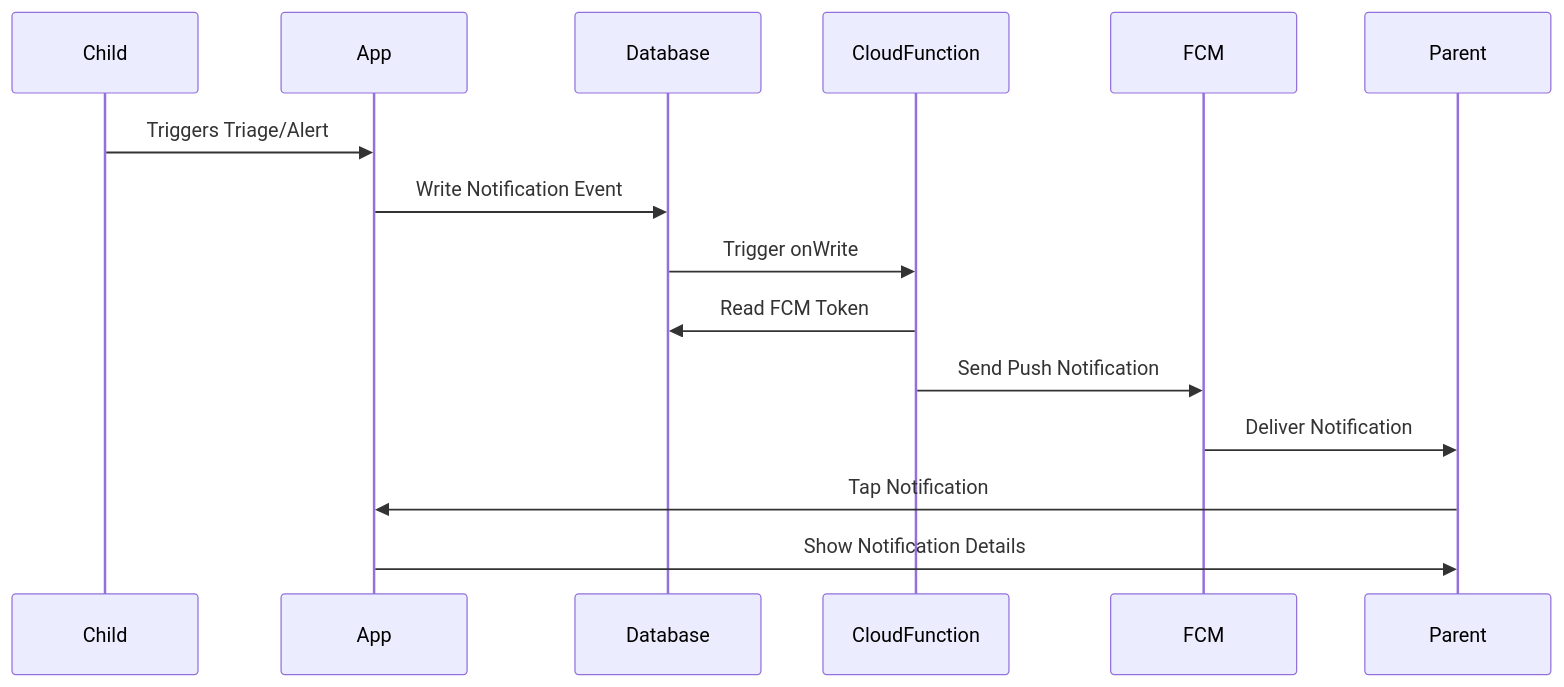
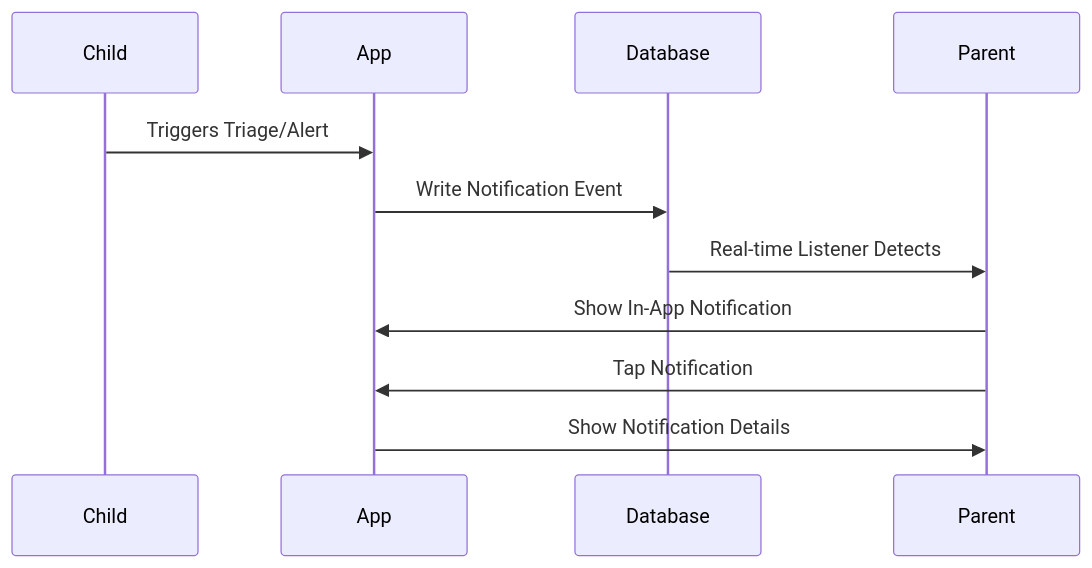
The tenth of 17 diagrams in README.md (billy-enrizky/Smart-AIR), drawn with Mermaid before and after one commit. The commit also changed other lines of this file, not shown here.

````diff
--- a/README.md
+++ b/README.md
@@ -458,18 +447,14 @@
 ```mermaid
 sequenceDiagram
     participant Child
     participant App
     participant Database
-    participant CloudFunction
-    participant FCM
     participant Parent
     
     Child->>App: Triggers Triage/Alert
     App->>Database: Write Notification Event
-    Database->>CloudFunction: Trigger onWrite
-    CloudFunction->>Database: Read FCM Token
-    CloudFunction->>FCM: Send Push Notification
-    FCM->>Parent: Deliver Notification
+    Database->>Parent: Real-time Listener Detects
+    Parent->>App: Show In-App Notification
     Parent->>App: Tap Notification
     App->>Parent: Show Notification Details
 ```
````
